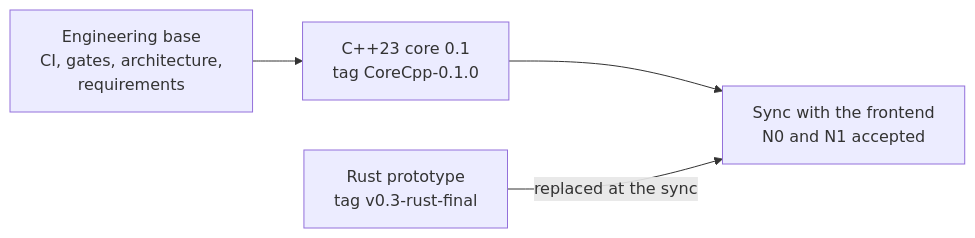
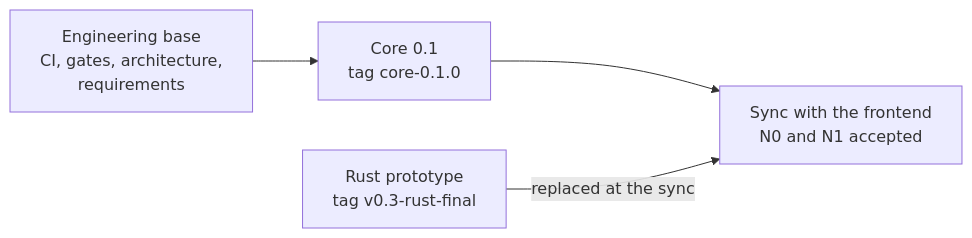
Before and after one commit to ViktorWalde/KineinVectis: the first of 3 diagrams in README.md, drawn with Mermaid. The commit also changed other lines of this file and 24 other files, not shown here.

````diff
--- a/README.md
+++ b/README.md
@@ -37,6 +37,6 @@
 ```mermaid
 flowchart LR
-    BASE["Engineering base<br/>CI, gates, architecture,<br/>requirements"] --> CORE01["C++23 core 0.1<br/>tag CoreCpp-0.1.0"]
+    BASE["Engineering base<br/>CI, gates, architecture,<br/>requirements"] --> CORE01["Core 0.1<br/>tag core-0.1.0"]
     CORE01 --> SYNC["Sync with the frontend<br/>N0 and N1 accepted"]
     RUST["Rust prototype<br/>tag v0.3-rust-final"] -->|replaced at the sync| SYNC
 ```
````
